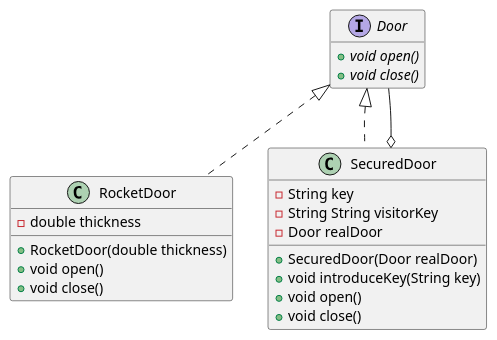
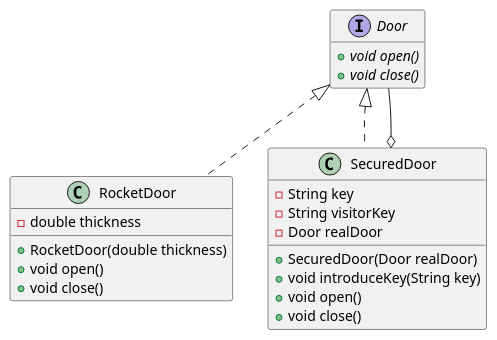
The diagram in DesignPatternsElementsOfReusableObjectOrientesSoftware/Chapter04/Proxy/Proxy.puml (lealceldeiro/gems), drawn with PlantUML before and after one commit. The commit also changed 1 other file, not shown here.

```diff
--- a/DesignPatternsElementsOfReusableObjectOrientesSoftware/Chapter04/Proxy/Proxy.puml
+++ b/DesignPatternsElementsOfReusableObjectOrientesSoftware/Chapter04/Proxy/Proxy.puml
@@ -1,30 +1,30 @@
 @startuml
 
 interface Door {
     + {abstract} void open()
     + {abstract} void close()
 }
 
 class RocketDoor implements Door {
     - double thickness
     + RocketDoor(double thickness)
     + void open()
     + void close()
 }
 
 class SecuredDoor implements Door {
     - String key
-    - String String visitorKey
+    - String visitorKey
     - Door realDoor
 
     + SecuredDoor(Door realDoor)
     + void introduceKey(String key)
     + void open()
     + void close()
 }
 
 SecuredDoor o-- Door
 
 hide empty members
 
 @enduml
```
